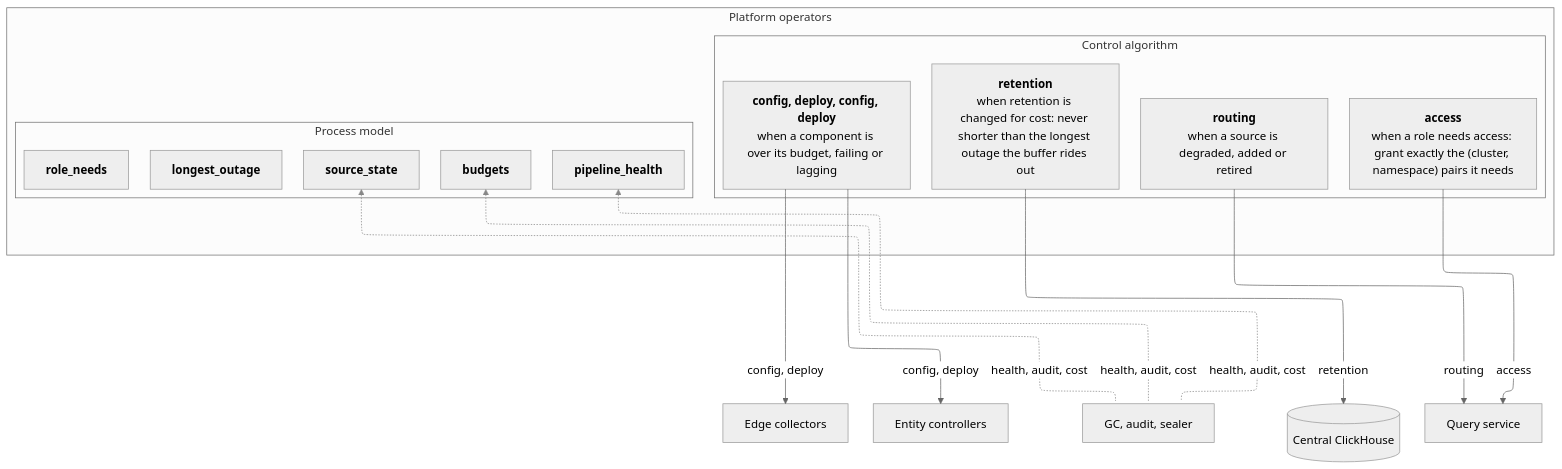
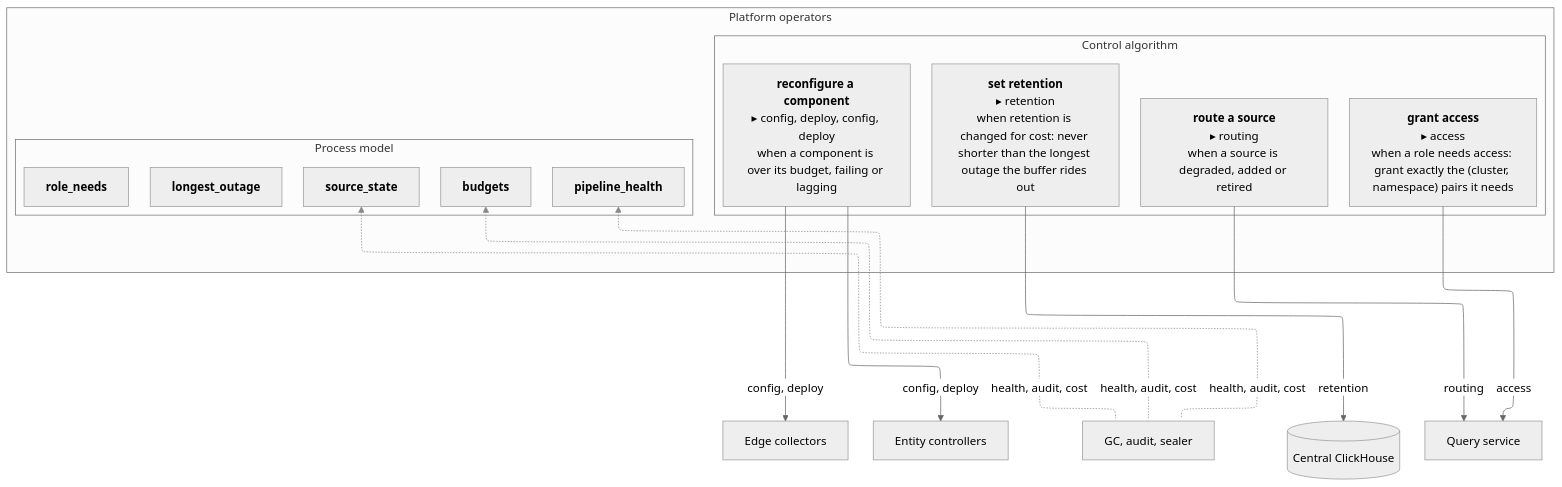
The diagram in otel-chdb/stpa/generated/controller-ops.mmd (casselc/observability), drawn with Mermaid (neutral theme) before and after one commit. The commit also changed 60 other files, not shown here.

First line of the commit message:
otel-chdb/stpa: rule names head the detail diagrams; PRD widgets for every controller

```diff
--- a/otel-chdb/stpa/generated/controller-ops.mmd
+++ b/otel-chdb/stpa/generated/controller-ops.mmd
@@ -1,36 +1,36 @@
 ---
 config:
   layout: elk
 ---
 flowchart TB
   %% Generated by otel-chdb/stpa/tools from records/controller-71fede.md and structure.yaml. Do not edit.
   subgraph C["Platform operators"]
     subgraph CA["Control algorithm"]
-      r1["<b>config, deploy, config, deploy</b><br/>when a component is over its budget, failing or lagging"]
-      r2["<b>retention</b><br/>when retention is changed for cost: never shorter than the longest outage the buffer rides out"]
-      r3["<b>access</b><br/>when a role needs access: grant exactly the (cluster, namespace) pairs it needs"]
-      r4["<b>routing</b><br/>when a source is degraded, added or retired"]
+      r1["<b>reconfigure a component</b><br/>▸ config, deploy, config, deploy<br/>when a component is over its budget, failing or lagging"]
+      r2["<b>set retention</b><br/>▸ retention<br/>when retention is changed for cost: never shorter than the longest outage the buffer rides out"]
+      r3["<b>grant access</b><br/>▸ access<br/>when a role needs access: grant exactly the (cluster, namespace) pairs it needs"]
+      r4["<b>route a source</b><br/>▸ routing<br/>when a source is degraded, added or retired"]
     end
     subgraph PM["Process model"]
       v1["<b>pipeline_health</b>"]
       v2["<b>budgets</b>"]
       v3["<b>longest_outage</b>"]
       v4["<b>role_needs</b>"]
       v5["<b>source_state</b>"]
     end
   end
   nfe59f7["Edge collectors"]
   r1 -->|config, deploy| nfe59f7
   nfc8476["Entity controllers"]
   r1 -->|config, deploy| nfc8476
   nac2fd1["GC, audit, sealer"]
   v1 fb1@<-.->|health, audit, cost| nac2fd1
   v2 fb2@<-.->|health, audit, cost| nac2fd1
   v5 fb3@<-.->|health, audit, cost| nac2fd1
   ned00c7[("Central ClickHouse")]
   r2 -->|retention| ned00c7
   n2f943e["Query service"]
   r3 -->|access| n2f943e
   r4 -->|routing| n2f943e
   classDef fb stroke:#888,marker-end:none
   class fb1,fb2,fb3 fb
```
